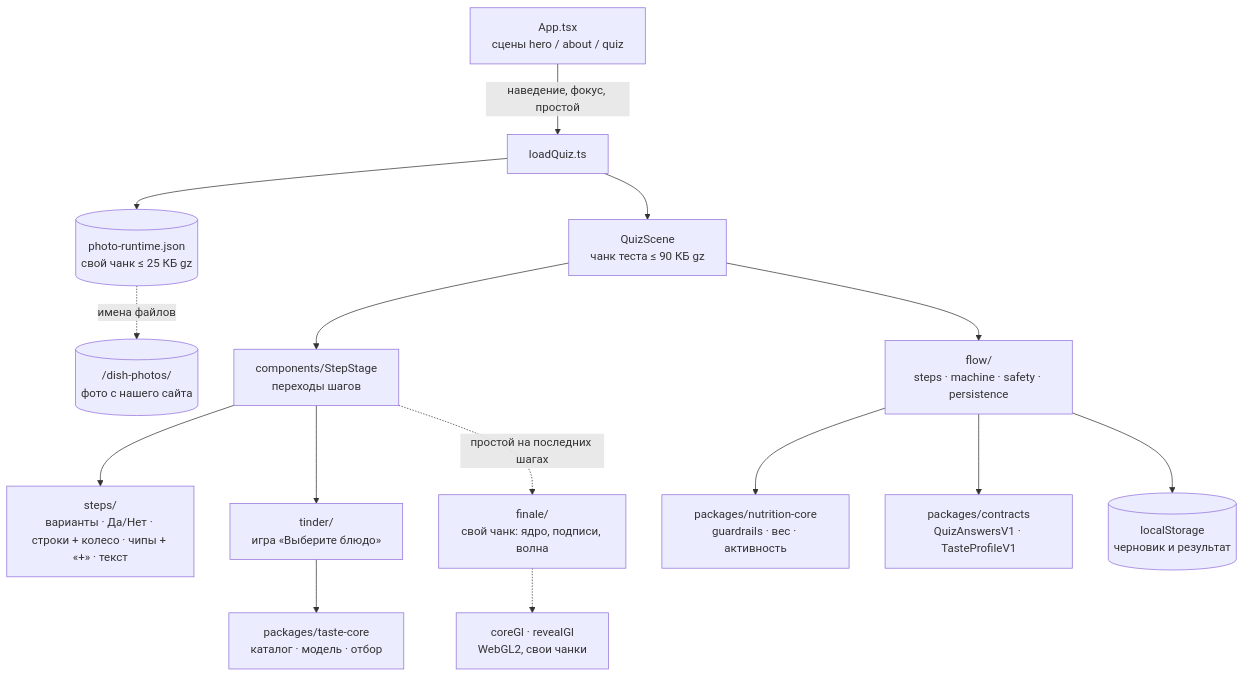
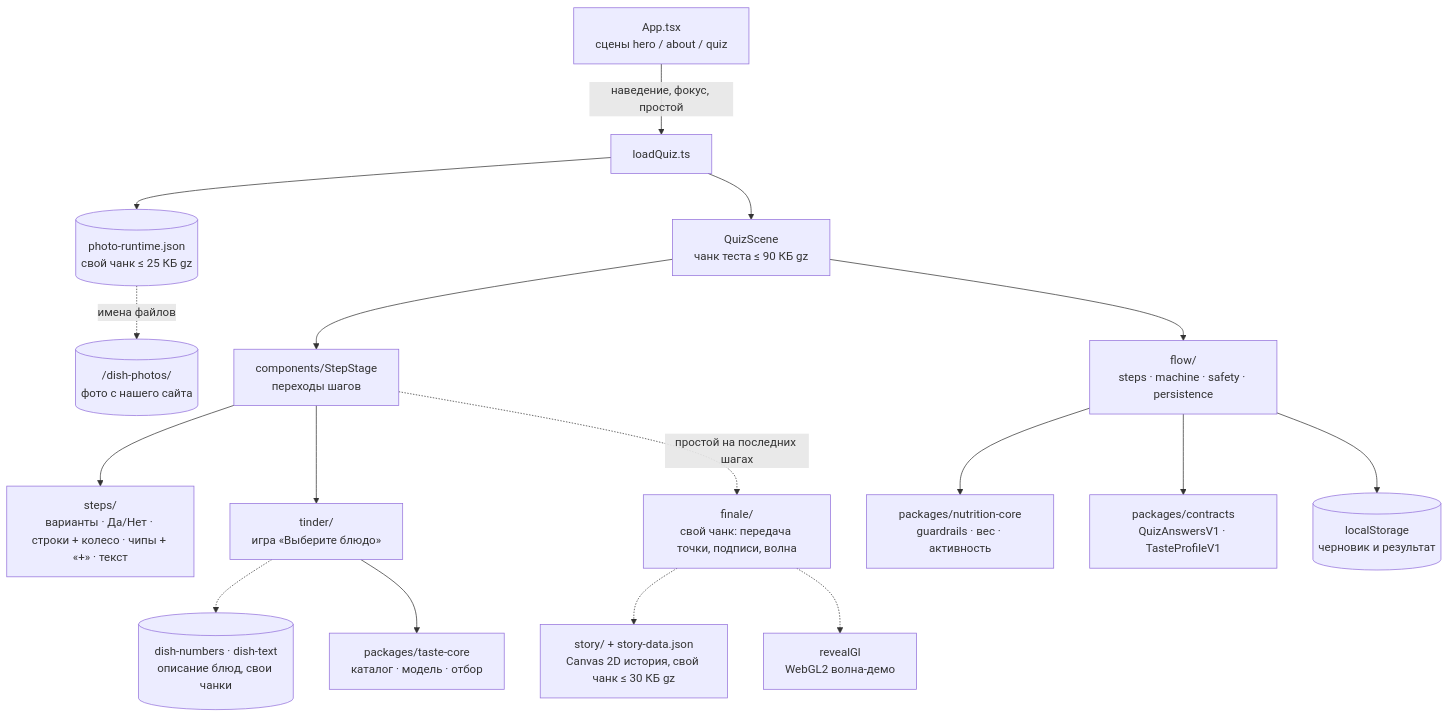
The fourth of 6 diagrams in docs/architecture.md (myxastar2010-cloud/Refectorio-project), drawn with Mermaid before and after one commit. The commit also changed other lines of this file and 3 other files, not shown here.

Commit message:
docs: ADR 0013 (the generation story replaces ADR 0010), architecture and design system for §5 and §7

````diff
--- a/docs/architecture.md
+++ b/docs/architecture.md
@@ -99,17 +99,19 @@
 ```mermaid
 flowchart TB
   app[App.tsx<br/>сцены hero / about / quiz] -- "наведение, фокус, простой" --> load[loadQuiz.ts]
   load --> scene[QuizScene<br/>чанк теста ≤ 90 КБ gz]
   load --> photos[(photo-runtime.json<br/>свой чанк ≤ 25 КБ gz)]
   photos -. "имена файлов" .-> files[(/dish-photos/<br/>фото с нашего сайта)]
   scene --> flow[flow/<br/>steps · machine · safety · persistence]
   scene --> stage[components/StepStage<br/>переходы шагов]
   stage --> steps[steps/<br/>варианты · Да/Нет · строки + колесо · чипы + «+» · текст]
   stage --> game[tinder/<br/>игра «Выберите блюдо»]
-  stage -. "простой на последних шагах" .-> finale[finale/<br/>свой чанк: ядро, подписи, волна]
-  finale -.-> gl[coreGl · revealGl<br/>WebGL2, свои чанки]
+  stage -. "простой на последних шагах" .-> finale[finale/<br/>свой чанк: передача точки, подписи, волна]
+  finale -.-> story[story/ + story-data.json<br/>Canvas 2D история, свой чанк ≤ 30 КБ gz]
+  finale -.-> gl[revealGl<br/>WebGL2 волна-демо]
+  game -.-> dish[(dish-numbers · dish-text<br/>описание блюд, свои чанки)]
   game --> taste[packages/taste-core<br/>каталог · модель · отбор]
   flow --> core[packages/nutrition-core<br/>guardrails · вес · активность]
   flow --> contracts[packages/contracts<br/>QuizAnswersV1 · TasteProfileV1]
   flow --> ls[(localStorage<br/>черновик и результат)]
 ```
````
